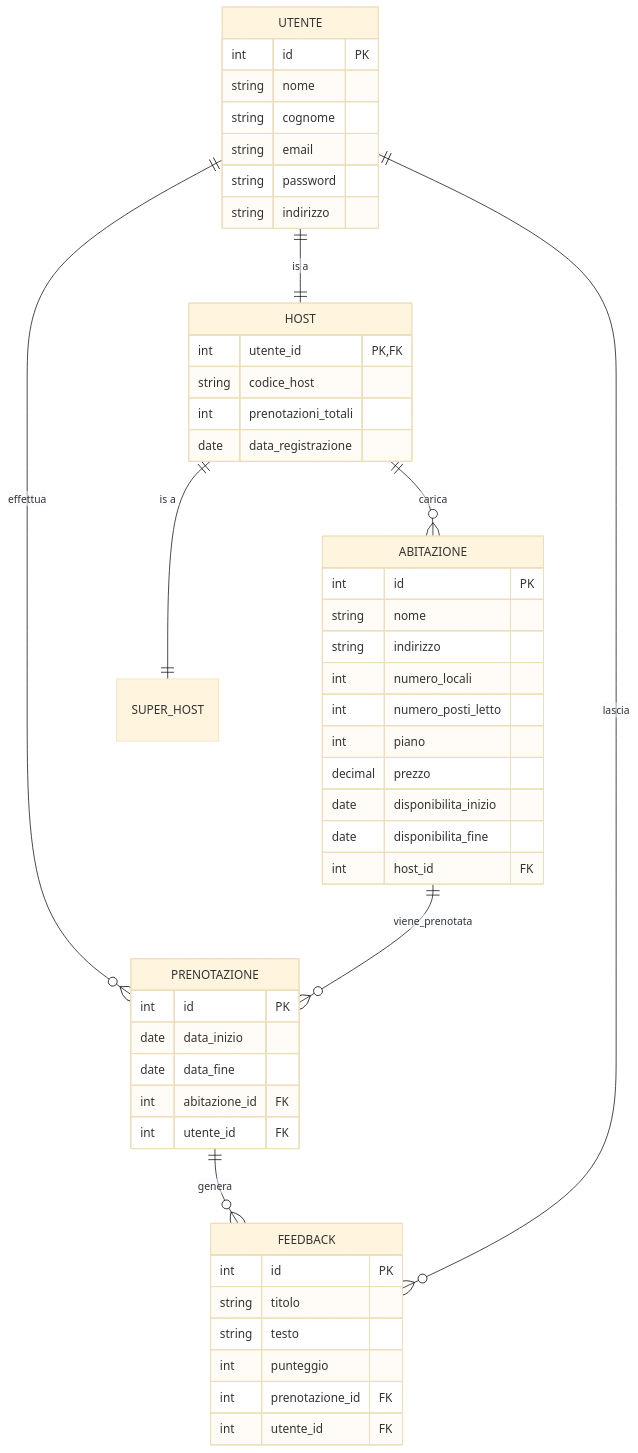
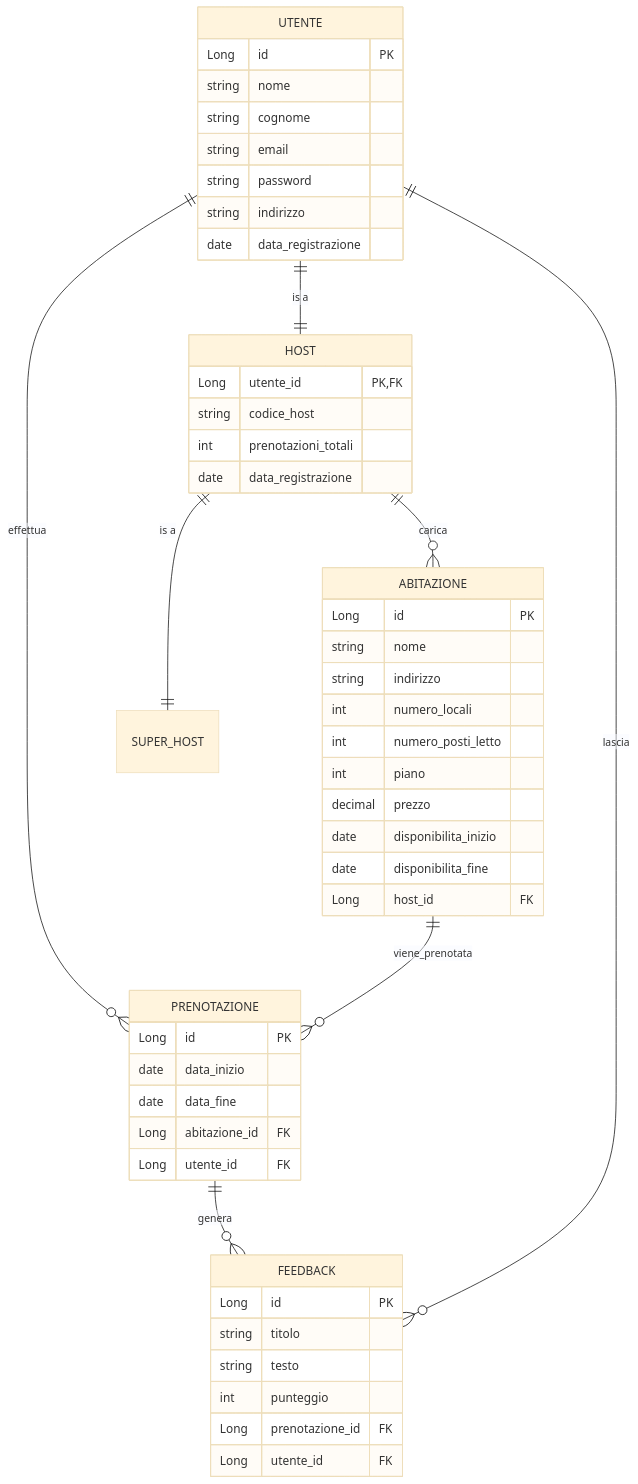
One commit to Affitto-Case/backend changed the diagram in Progettazione.md. Above: the diagram before and after it, drawn with Mermaid (base theme). The commit also changed other lines of this file and 34 other files, not shown here.

````diff
--- a/Progettazione.md
+++ b/Progettazione.md
@@ -209,57 +197,58 @@
 ```mermaid
 erDiagram
     UTENTE {
-        int id PK
+        Long id PK
         string nome
         string cognome
         string email
         string password
         string indirizzo
+        date data_registrazione
     }
 
     HOST {
-        int utente_id PK, FK
+        Long utente_id PK, FK
         string codice_host
         int prenotazioni_totali
         date data_registrazione
     }
 
     ABITAZIONE {
-        int id PK
+        Long id PK
         string nome
         string indirizzo
         int numero_locali
         int numero_posti_letto
         int piano
         decimal prezzo
         date disponibilita_inizio
         date disponibilita_fine
-        int host_id FK
+        Long host_id FK
     }
 
     PRENOTAZIONE {
-        int id PK
+        Long id PK
         date data_inizio
         date data_fine
-        int abitazione_id FK
-        int utente_id FK
+        Long abitazione_id FK
+        Long utente_id FK
     }
 
     FEEDBACK {
-        int id PK
+        Long id PK
         string titolo
         string testo
         int punteggio
-        int prenotazione_id FK
-        int utente_id FK
+        Long prenotazione_id FK
+        Long utente_id FK
     }
 
     UTENTE ||--o{ PRENOTAZIONE : effettua
     ABITAZIONE ||--o{ PRENOTAZIONE : viene_prenotata
     HOST ||--o{ ABITAZIONE : carica
     PRENOTAZIONE ||--o{ FEEDBACK : genera
     UTENTE ||--o{ FEEDBACK : lascia
 
     UTENTE ||--|| HOST : "is a"
     HOST ||--|| SUPER_HOST : "is a"
 ```
````
